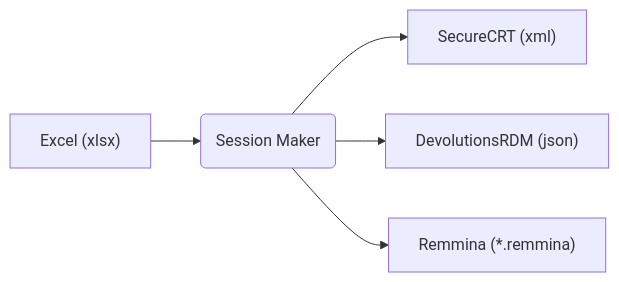
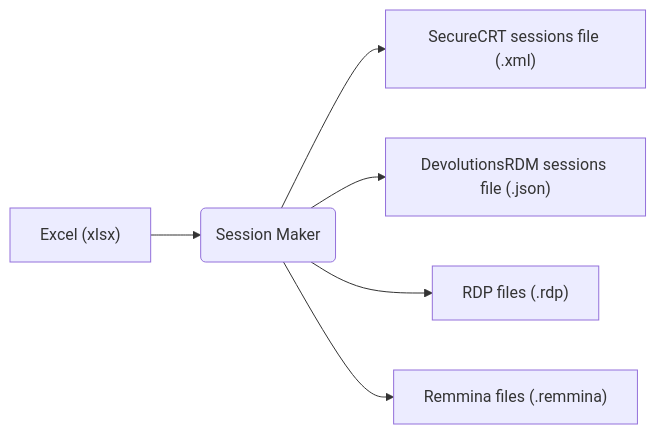
Before and after one commit to mkyrc/SessionMaker: the first of 2 diagrams in README.md, drawn with Mermaid. The commit also changed other lines of this file and 8 other files, not shown here.

Commit message:
remmina and rdp export finalized

````diff
--- a/README.md
+++ b/README.md
@@ -67,7 +82,8 @@
 ```mermaid
 graph LR;
     Excel["Excel (xlsx)"]-->SM("Session Maker")
-    SM-->scrt["SecureCRT (xml)"]
-    SM-->rdm["DevolutionsRDM (json)"];
-    SM-->remmina["Remmina (*.remmina)"];
+    SM-->scrt["SecureCRT sessions file (.xml)"]
+    SM-->rdm["DevolutionsRDM sessions file (.json)"];
+    SM-->rdp["RDP files (.rdp)"];
+    SM-->remmina["Remmina files (.remmina)"];
 ```
````
